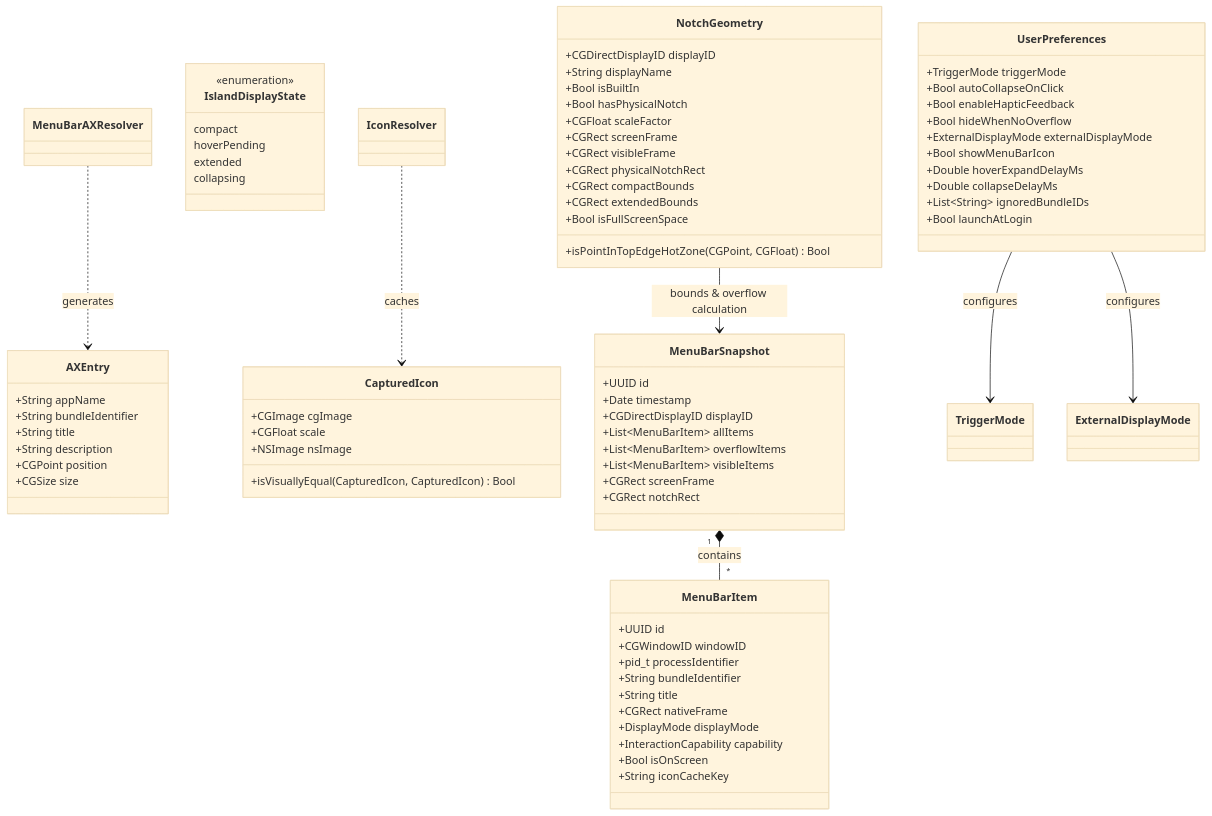
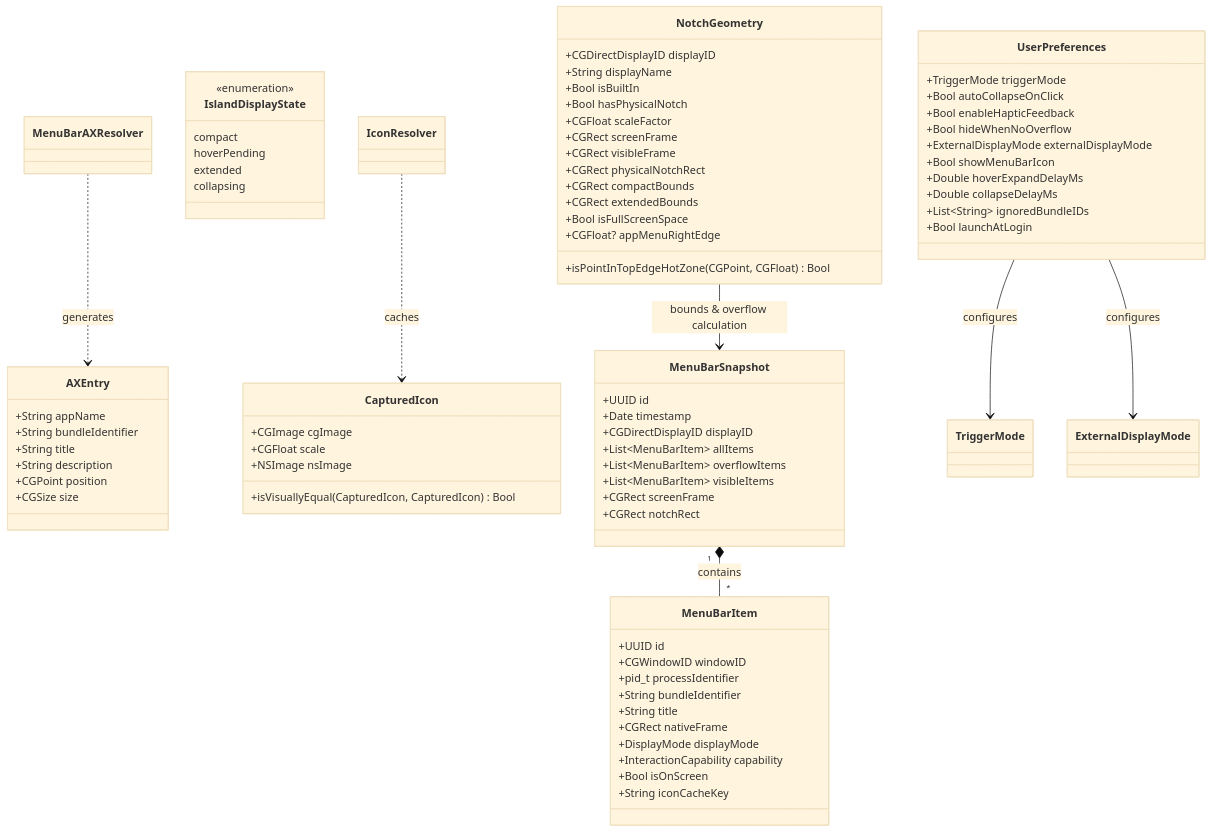
One commit to AeroSheepZ/NotchRail changed the first of 2 diagrams in docs/DOMAIN_MODEL.md. Above: the diagram before and after it, drawn with Mermaid (base theme). The commit also changed other lines of this file and 28 other files, not shown here.

```diff
--- a/docs/DOMAIN_MODEL.md
+++ b/docs/DOMAIN_MODEL.md
@@ -60,6 +60,7 @@
         +CGRect compactBounds
         +CGRect extendedBounds
         +Bool isFullScreenSpace
+        +CGFloat? appMenuRightEdge
         +isPointInTopEdgeHotZone(CGPoint, CGFloat) Bool
     }
 
```
